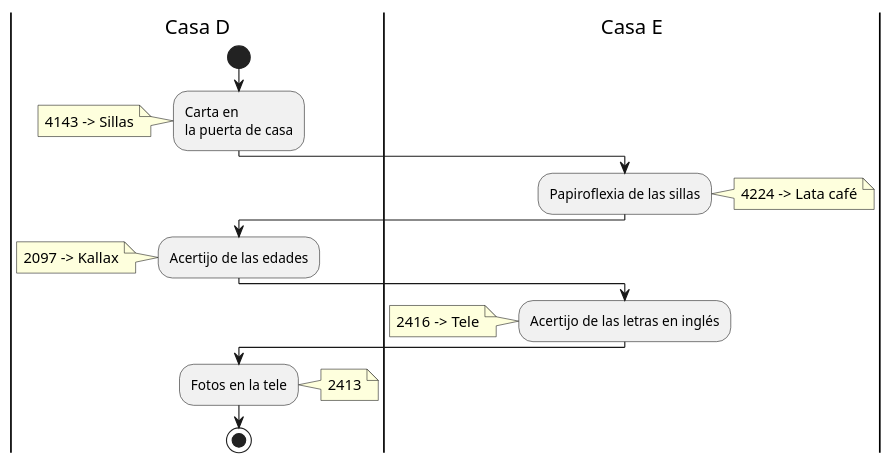
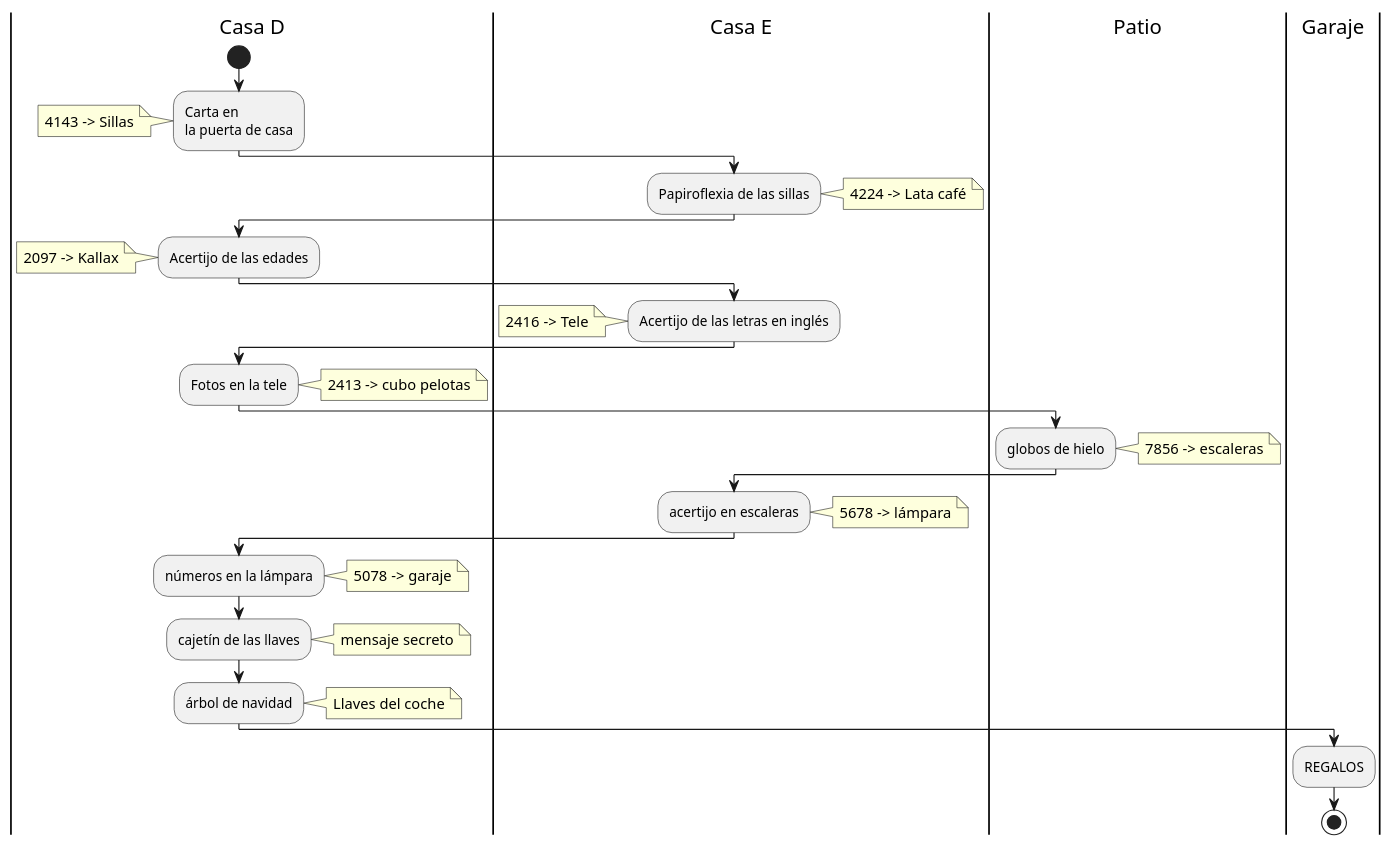
One commit to hombrenieve/hombrenieve.github.io changed the diagram in santaclausiscoming/mapa.puml. Above: the diagram before and after it, drawn with PlantUML.

Commit message:
Full map completed

```diff
--- a/santaclausiscoming/mapa.puml
+++ b/santaclausiscoming/mapa.puml
@@ -1,19 +1,34 @@
 @startuml
 |Casa D|
 start
 :Carta en\nla puerta de casa;
 note left: 4143 -> Sillas
 |Casa E|
 :Papiroflexia de las sillas;
 note right: 4224 -> Lata café
 |Casa D|
 :Acertijo de las edades;
 note left: 2097 -> Kallax
 |Casa E|
 :Acertijo de las letras en inglés;
 note left: 2416 -> Tele
 |Casa D|
 :Fotos en la tele;
-note right: 2413
+note right: 2413 -> cubo pelotas
+|Patio|
+:globos de hielo;
+note right: 7856 -> escaleras
+|Casa E|
+:acertijo en escaleras;
+note right: 5678 -> lámpara
+|Casa D|
+:números en la lámpara;
+note right: 5078 -> garaje
+:cajetín de las llaves;
+note right: mensaje secreto
+:árbol de navidad;
+note right: Llaves del coche
+|Garaje|
+:REGALOS;
 stop
 @enduml
```
